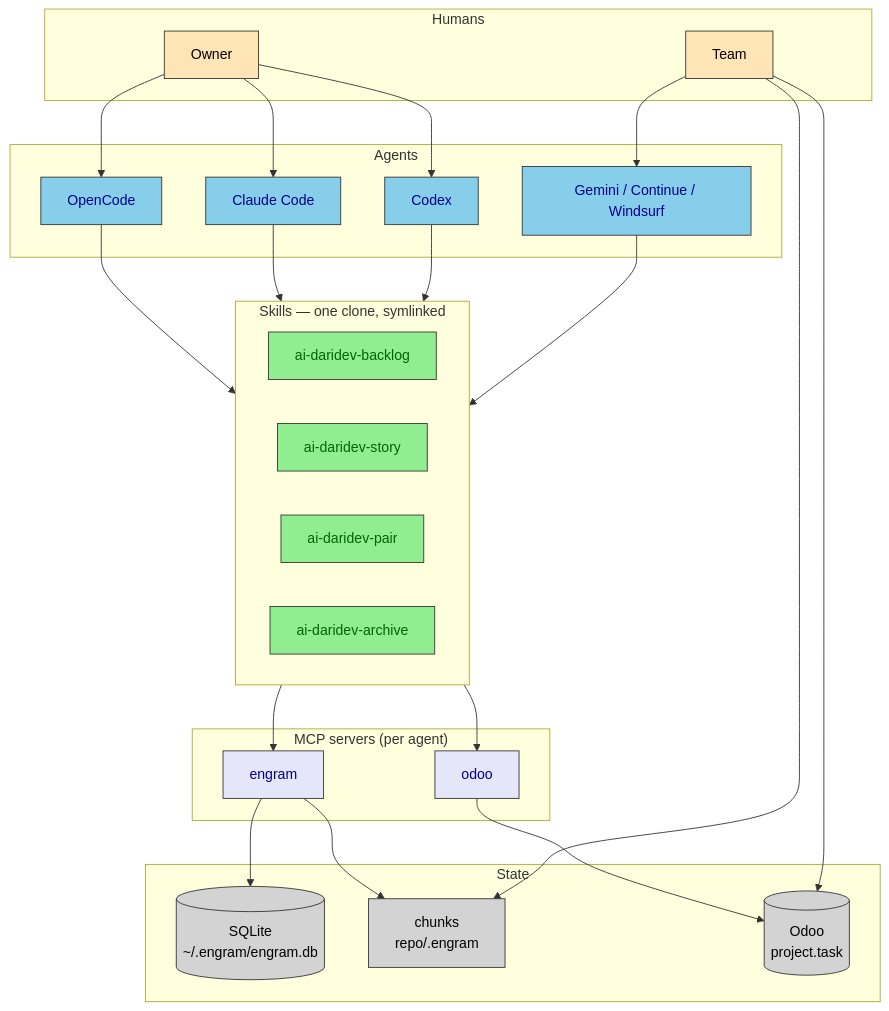
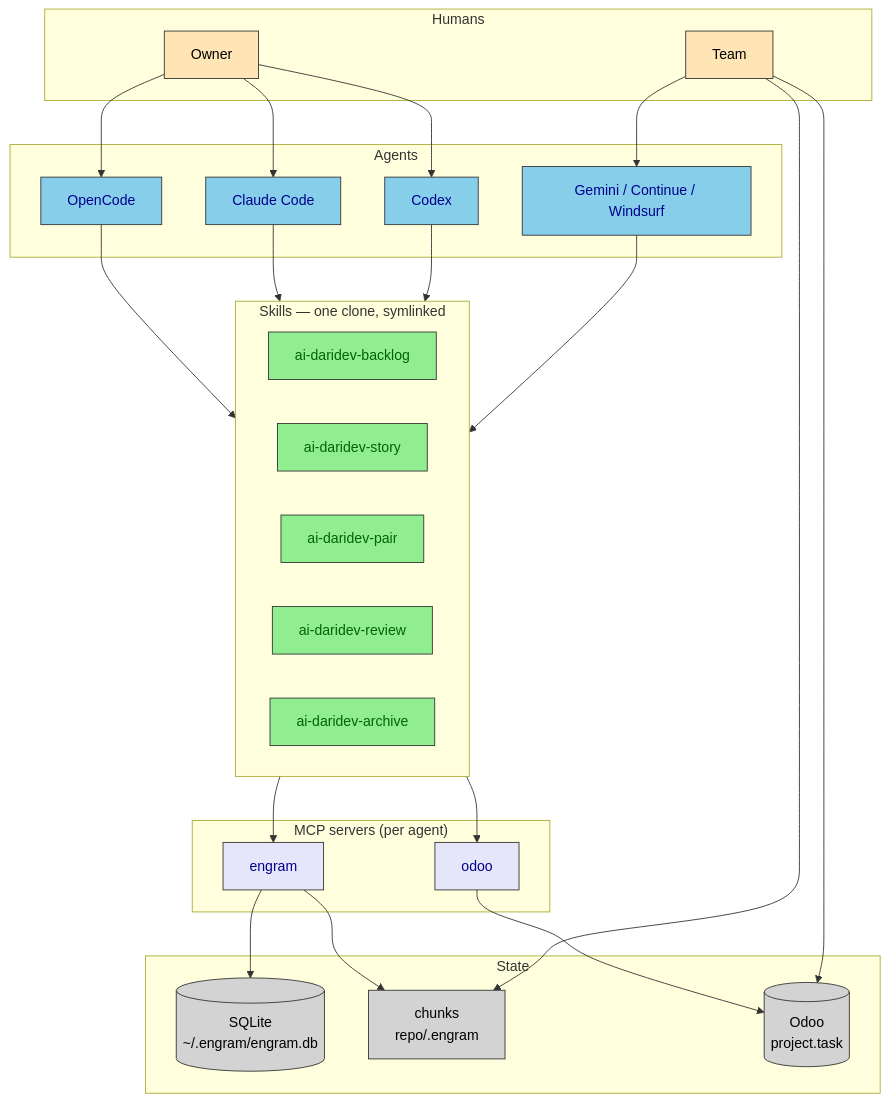
The first of 4 diagrams in docs/architecture.md (darideveloper/ai-daridev), drawn with Mermaid before and after one commit. The commit also changed other lines of this file and 17 other files, not shown here.

First line of the commit message:
feat: review skill, tracking markers and manual Odoo handouts

````diff
--- a/docs/architecture.md
+++ b/docs/architecture.md
@@ -6,49 +6,50 @@
 ```mermaid
 flowchart TB
     subgraph HUMANS["Humans"]
         OWNER["Owner"]
         TEAM["Team"]
     end
     subgraph AGENTS["Agents"]
         OC["OpenCode"]
         CC["Claude Code"]
         CX["Codex"]
         OTH["Gemini / Continue / Windsurf"]
     end
     subgraph SKILLS["Skills — one clone, symlinked"]
         BL["ai-daridev-backlog"]
         ST["ai-daridev-story"]
         PR["ai-daridev-pair"]
+        RV["ai-daridev-review"]
         AR["ai-daridev-archive"]
     end
     subgraph MCP["MCP servers (per agent)"]
         EM["engram"]
         OM["odoo"]
     end
     subgraph STORE["State"]
         DB[("SQLite<br/>~/.engram/engram.db")]
         CH["chunks<br/>repo/.engram"]
         OD[("Odoo<br/>project.task")]
     end
 
     OWNER --> OC & CC & CX
     TEAM --> OTH
     OC & CC & CX & OTH --> SKILLS
     SKILLS --> EM & OM
     EM --> DB
     EM --> CH
     OM --> OD
     TEAM --> OD
     TEAM --> CH
 
     classDef human fill:#FFE4B5,stroke:#333,color:black
     classDef agent fill:#87CEEB,stroke:#333,color:darkblue
     classDef skill fill:#90EE90,stroke:#333,color:darkgreen
     classDef mcp fill:#E6E6FA,stroke:#333,color:darkblue
     classDef store fill:#D3D3D3,stroke:#333,color:black
     class OWNER,TEAM human
     class OC,CC,CX,OTH agent
-    class BL,ST,PR,AR skill
+    class BL,ST,PR,RV,AR skill
     class EM,OM mcp
     class DB,CH,OD store
 ```
````
